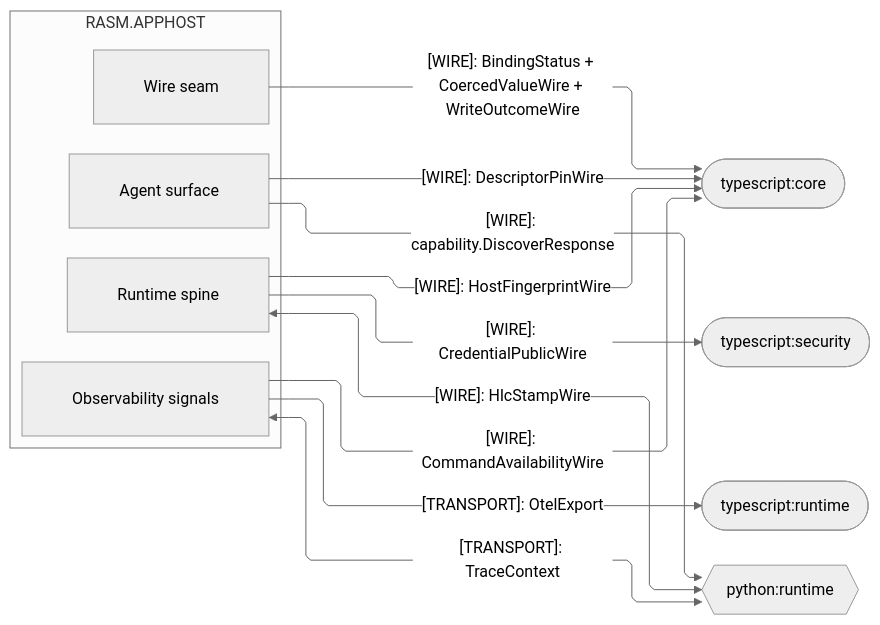
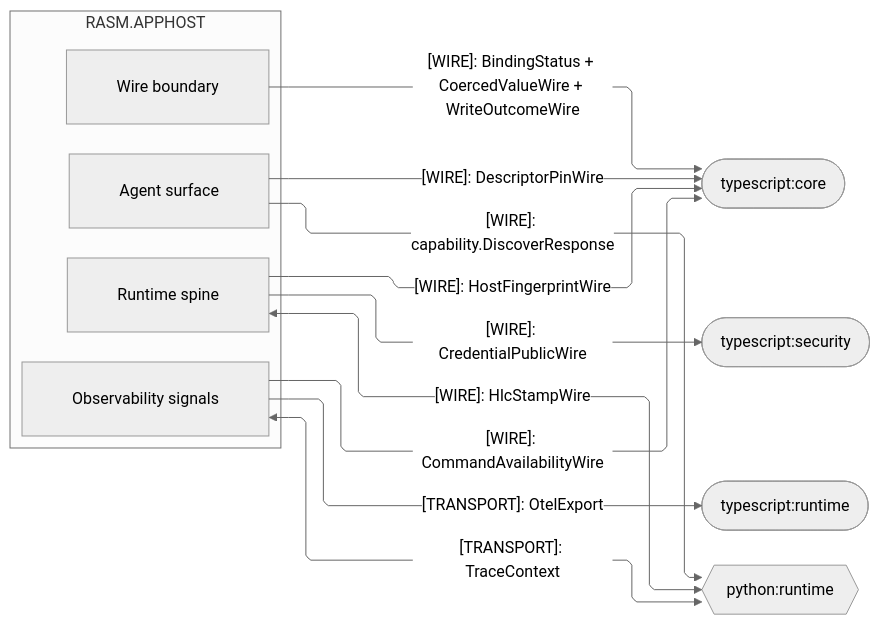
Before and after one commit to bsamiee/Rasm: the second of 4 diagrams in libs/dotnet/Rasm.AppHost/ARCHITECTURE.md, drawn with Mermaid (neutral theme). The commit also changed other lines of this file and 1997 other files, not shown here.

First line of the commit message:
docs: rename rail to result and seam to boundary across the corpus

````diff
--- a/libs/dotnet/Rasm.AppHost/ARCHITECTURE.md
+++ b/libs/dotnet/Rasm.AppHost/ARCHITECTURE.md
@@ -122,31 +122,31 @@
 ```mermaid
 ---
 config:
   layout: elk
   flowchart:
     curve: linear
     padding: 25
 ---
 flowchart LR
-    accTitle: AppHost cross-runtime wire seams
+    accTitle: AppHost cross-runtime wire boundaries
     accDescr: Which kinded wires, content keys, and transport cross between AppHost and the TypeScript core, security, runtime, and Python peers.
     subgraph apphost[RASM.APPHOST]
         Agent[Agent surface]
         Runtime[Runtime spine]
-        Wire[Wire seam]
+        Wire[Wire boundary]
         Observability[Observability signals]
     end
     Core([typescript:core])
     TsSecurity([typescript:security])
     TsRuntime([typescript:runtime])
     PyRuntime{{python:runtime}}
     Agent e1@-->|"[WIRE]: DescriptorPinWire"| Core
     Observability e3@-->|"[WIRE]: CommandAvailabilityWire"| Core
     Wire e4@-->|"[WIRE]: BindingStatus + CoercedValueWire + WriteOutcomeWire"| Core
     Runtime e5@-->|"[WIRE]: HostFingerprintWire"| Core
     Observability e6@-->|"[TRANSPORT]: OtelExport"| TsRuntime
     Agent e7@-->|"[WIRE]: capability.DiscoverResponse"| PyRuntime
     Observability e8@<-->|"[TRANSPORT]: TraceContext"| PyRuntime
     Runtime e9@<-->|"[WIRE]: HlcStampWire"| PyRuntime
     Runtime e10@-->|"[WIRE]: CredentialPublicWire"| TsSecurity
 ```
````
